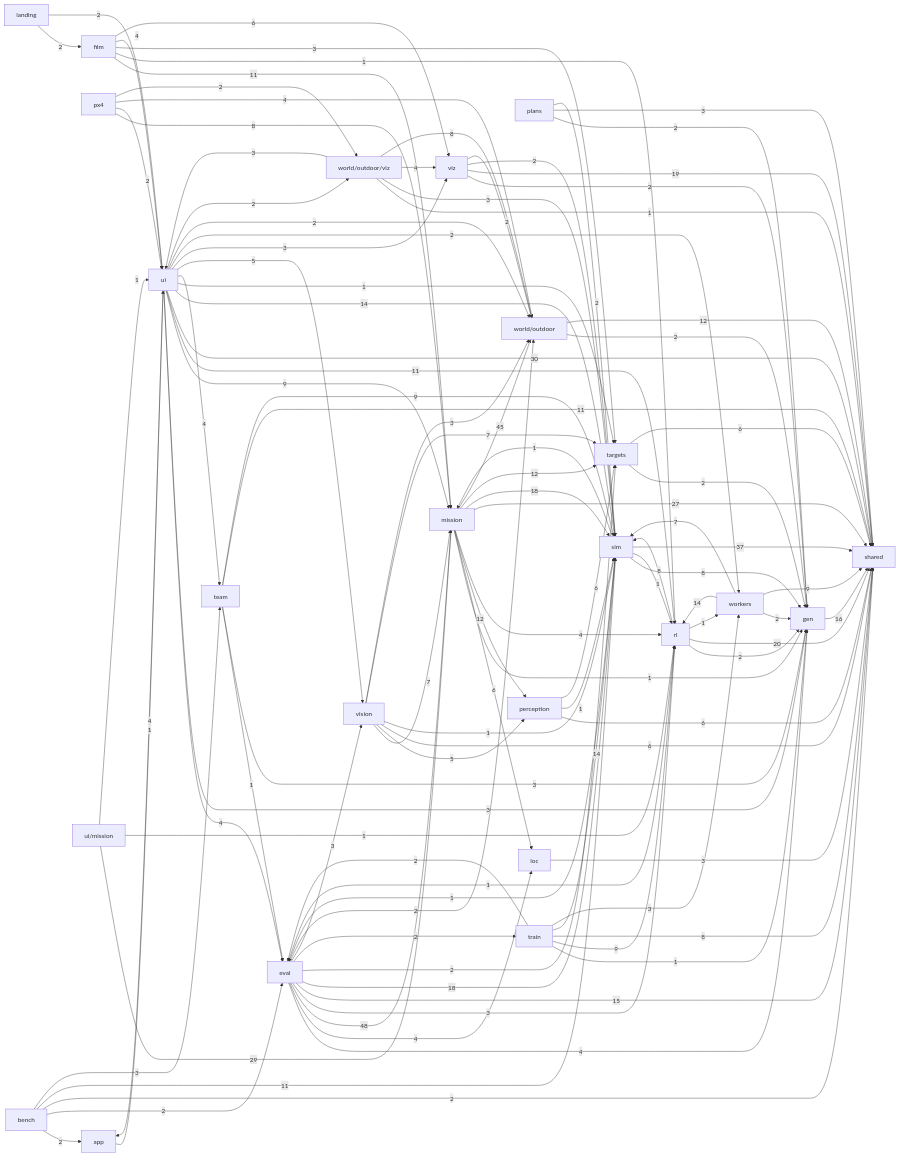
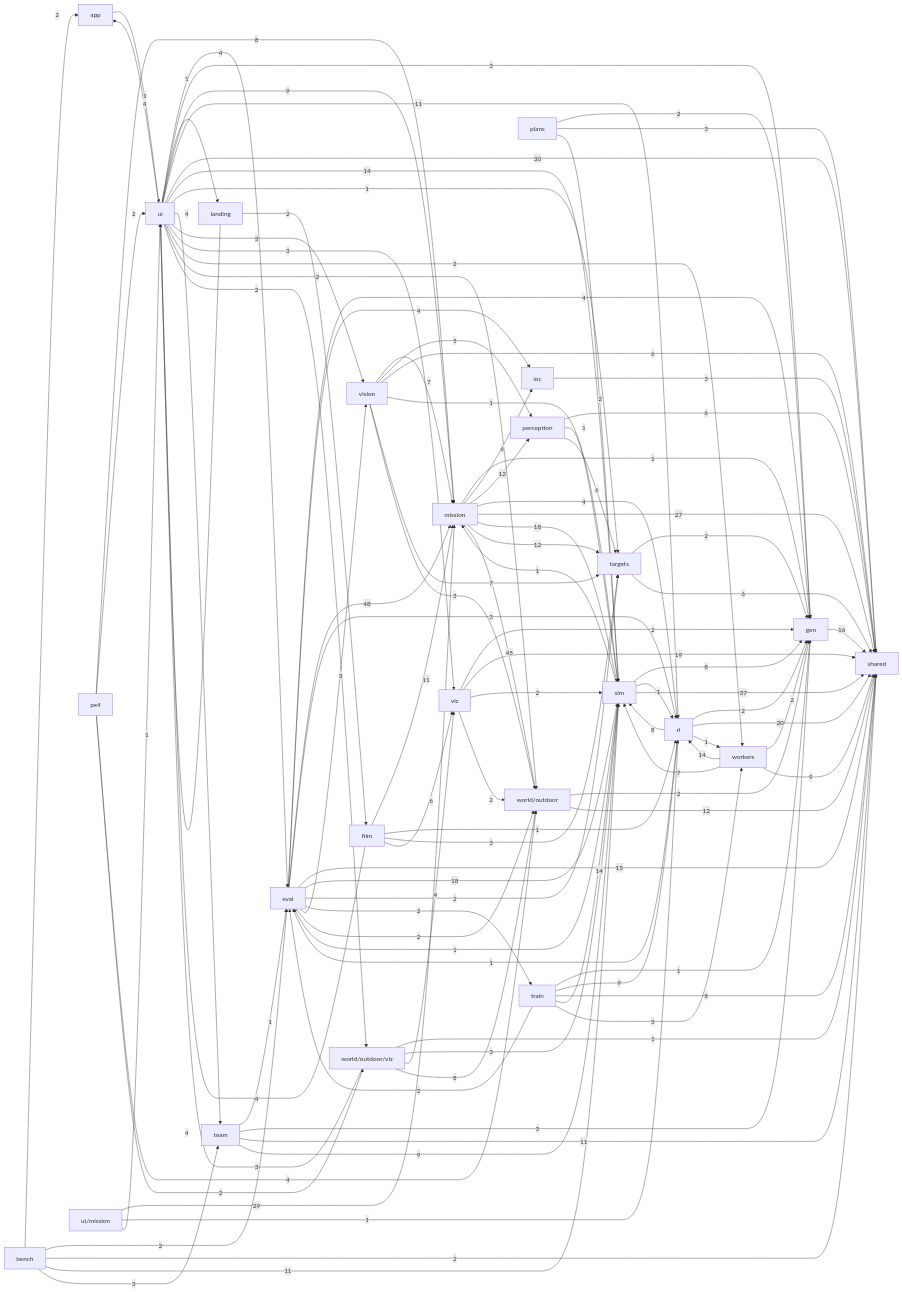
The second of 2 diagrams in docs/ARCHITECTURE.md (alexnieves-cs/frontier-fly), drawn with Mermaid before and after one commit. The commit also changed other lines of this file and 12 other files, not shown here.

```diff
--- a/docs/ARCHITECTURE.md
+++ b/docs/ARCHITECTURE.md
@@ -123,7 +123,7 @@
   film -->|6| viz
   gen -->|16| shared
   landing -->|2| film
-  landing -->|2| ui
+  landing -->|4| ui
   loc -->|3| shared
   mission -->|1| gen
   mission -->|6| loc
@@ -171,6 +171,7 @@
   ui -->|4| app
   ui -->|4| eval
   ui -->|3| gen
+  ui -->|1| landing
   ui -->|9| mission
   ui -->|11| rl
   ui -->|30| shared
```
